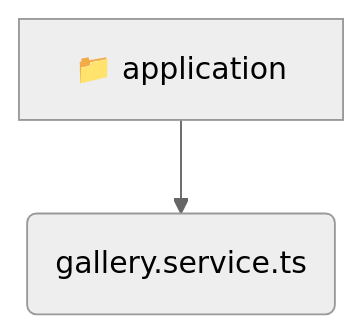
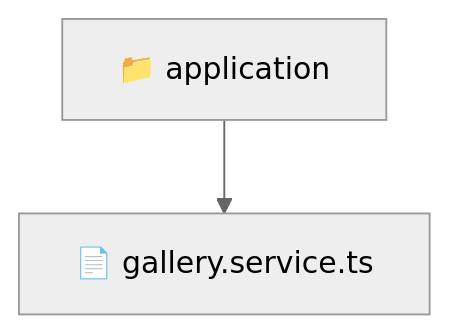
One commit to beginwebdev2002/fullstack-mavluda changed the diagram in backend/src/modules/gallery/application/README.md. Above: the diagram before and after it, drawn with Mermaid (neutral theme). The commit also changed other lines of this file and 163 other files, not shown here.

````diff
--- a/backend/src/modules/gallery/application/README.md
+++ b/backend/src/modules/gallery/application/README.md
@@ -9,5 +10,5 @@
 ```mermaid
 graph TD
-  application[📁 application]
-  application --> application_gallery_service_ts(gallery.service.ts)
+  Root["📁 application"]
+  Root --> galleryservicets["📄 gallery.service.ts"]
 ```
````
